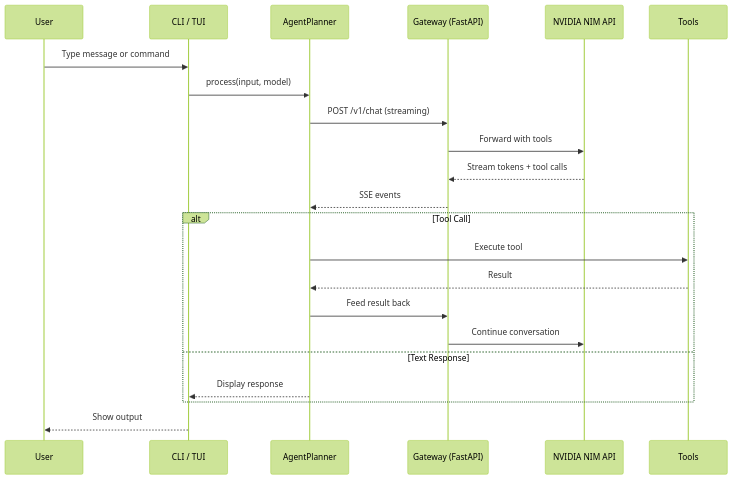
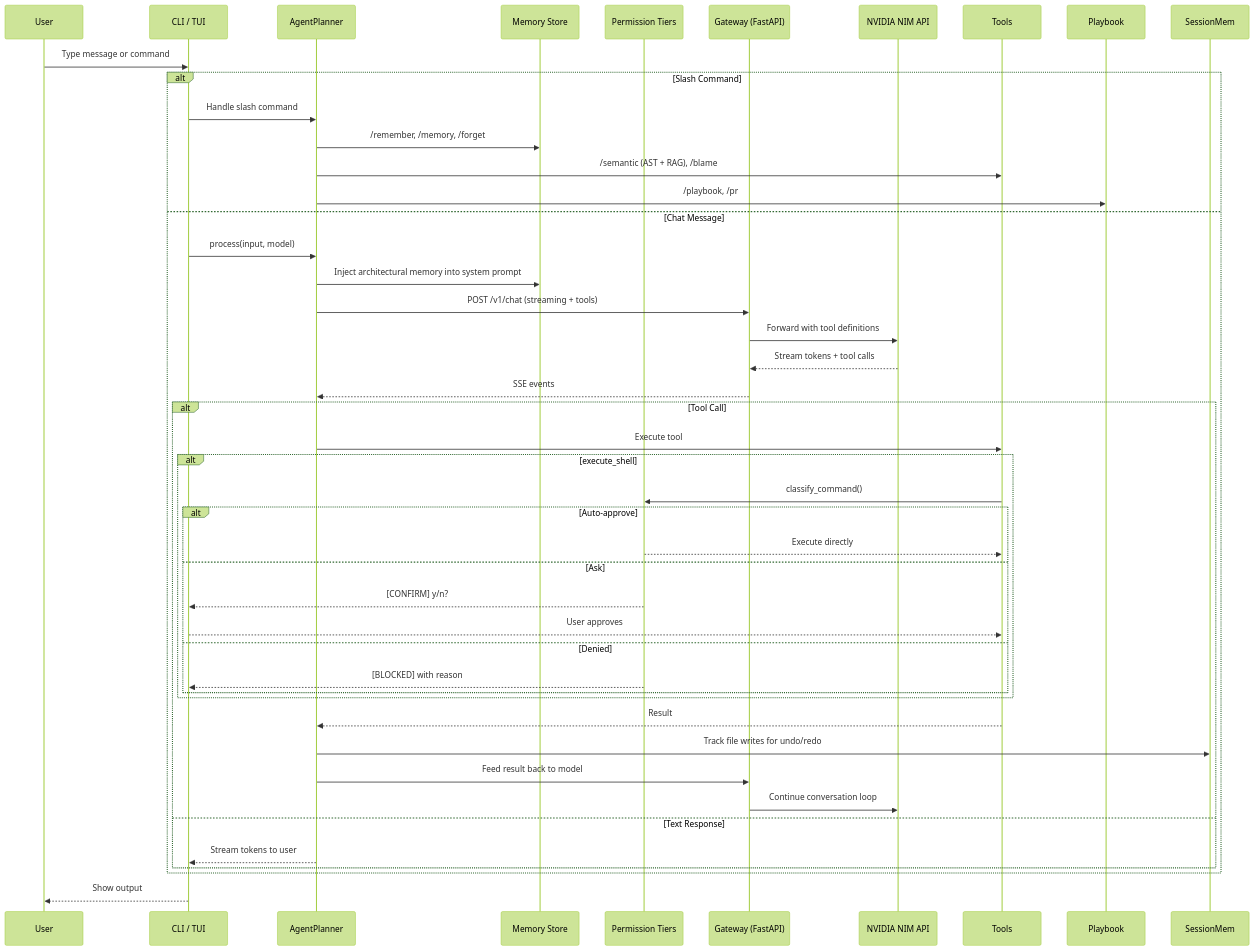
One commit to krsatyam36/xyz changed the third of 20 diagrams in README.md. Above: the diagram before and after it, drawn with Mermaid (forest theme). The commit also changed other lines of this file and 12 other files, not shown here.

First line of the commit message:
feat: implement autonomous agentic architecture and core engine subsystems (v0.3.0)

````diff
--- a/README.md
+++ b/README.md
@@ -182,28 +213,50 @@
 ```mermaid
 sequenceDiagram
     participant U as User
-    participant CLI as CLI / TUI
+    participant UI as CLI / TUI
     participant P as AgentPlanner
+    participant M as Memory Store
+    participant Perm as Permission Tiers
     participant G as Gateway (FastAPI)
     participant NIM as NVIDIA NIM API
     participant T as Tools
 
-    U->>CLI: Type message or command
-    CLI->>P: process(input, model)
+    U->>UI: Type message or command
+    
+    alt Slash Command
+        UI->>P: Handle slash command
+        P->>M: /remember, /memory, /forget
+        P->>T: /semantic (AST + RAG), /blame
+        P->>Playbook: /playbook, /pr
+    else Chat Message
+        UI->>P: process(input, model)
+        P->>M: Inject architectural memory into system prompt
+        P->>G: POST /v1/chat (streaming + tools)
+        G->>NIM: Forward with tool definitions
+        NIM-->>G: Stream tokens + tool calls
+        G-->>P: SSE events
 
-    P->>G: POST /v1/chat (streaming)
-    G->>NIM: Forward with tools
-    NIM-->>G: Stream tokens + tool calls
-    G-->>P: SSE events
-
-    alt Tool Call
-        P->>T: Execute tool
-        T-->>P: Result
-        P->>G: Feed result back
-        G->>NIM: Continue conversation
-    else Text Response
-        P-->>CLI: Display response
+        alt Tool Call
+            P->>T: Execute tool
+            alt execute_shell
+                T->>Perm: classify_command()
+                alt Auto-approve
+                    Perm-->>T: Execute directly
+                else Ask
+                    Perm-->>UI: [CONFIRM] y/n?
+                    UI-->>T: User approves
+                else Denied
+                    Perm-->>UI: [BLOCKED] with reason
+                end
+            end
+            T-->>P: Result
+            P->>SessionMem: Track file writes for undo/redo
+            P->>G: Feed result back to model
+            G->>NIM: Continue conversation loop
+        else Text Response
+            P-->>UI: Stream tokens to user
+        end
     end
-
-    CLI-->>U: Show output
+    
+    UI-->>U: Show output
 ```
````
